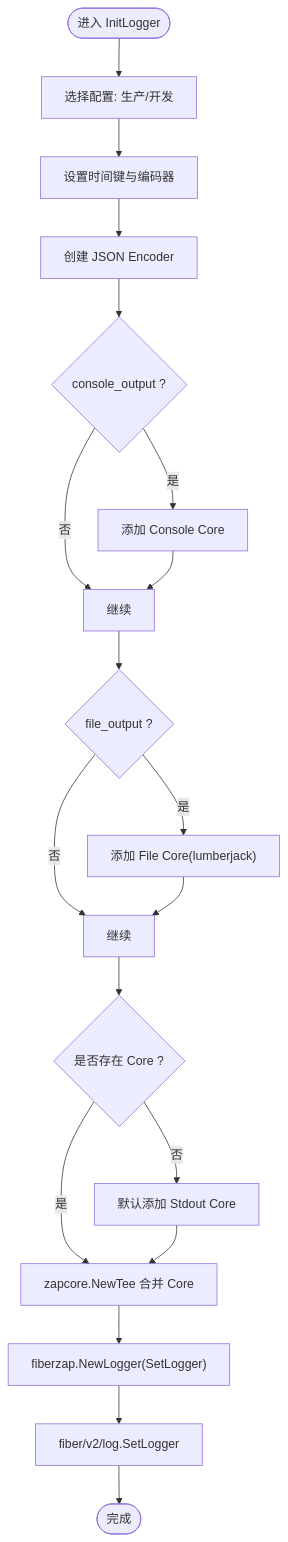
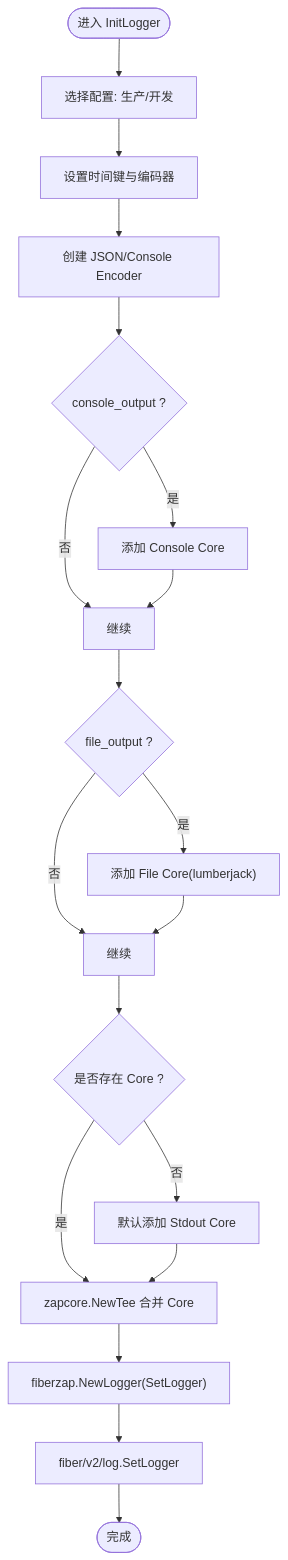
The third of 4 diagrams in .qoder/repowiki/zh/content/日志系统.md (wuwuseo/cmf), drawn with Mermaid before and after one commit. The commit also changed other lines of this file and 5 other files, not shown here.

````diff
--- a/.qoder/repowiki/zh/content/日志系统.md
+++ b/.qoder/repowiki/zh/content/日志系统.md
@@ -116,21 +146,21 @@
 ```mermaid
 flowchart TD
 Start(["进入 InitLogger"]) --> PickCfg["选择配置: 生产/开发"]
 PickCfg --> TimeCfg["设置时间键与编码器"]
-TimeCfg --> BuildEnc["创建 JSON Encoder"]
+TimeCfg --> BuildEnc["创建 JSON/Console Encoder"]
 BuildEnc --> CheckConsole{"console_output ?"}
 CheckConsole --> |是| AddConsole["添加 Console Core"]
 CheckConsole --> |否| Next1["继续"]
 AddConsole --> Next1
 Next1 --> CheckFile{"file_output ?"}
 CheckFile --> |是| AddFile["添加 File Core(lumberjack)"]
 CheckFile --> |否| Next2["继续"]
 AddFile --> Next2
 Next2 --> HasCores{"是否存在 Core ?"}
 HasCores --> |否| DefaultStdout["默认添加 Stdout Core"]
 HasCores --> |是| Merge["zapcore.NewTee 合并 Core"]
 DefaultStdout --> Merge
 Merge --> Wrap["fiberzap.NewLogger(SetLogger)"]
 Wrap --> SetFiber["fiber/v2/log.SetLogger"]
 SetFiber --> End(["完成"])
 ```
````
